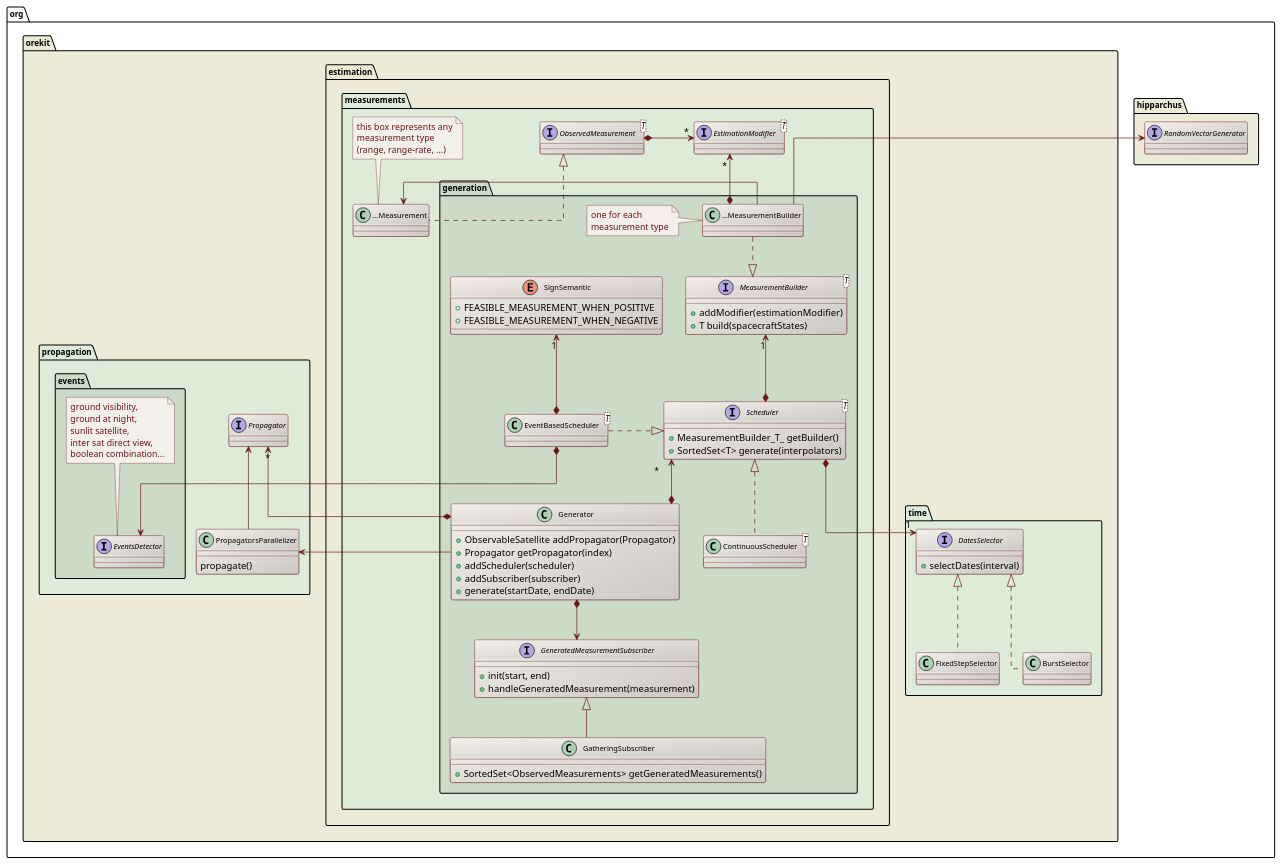
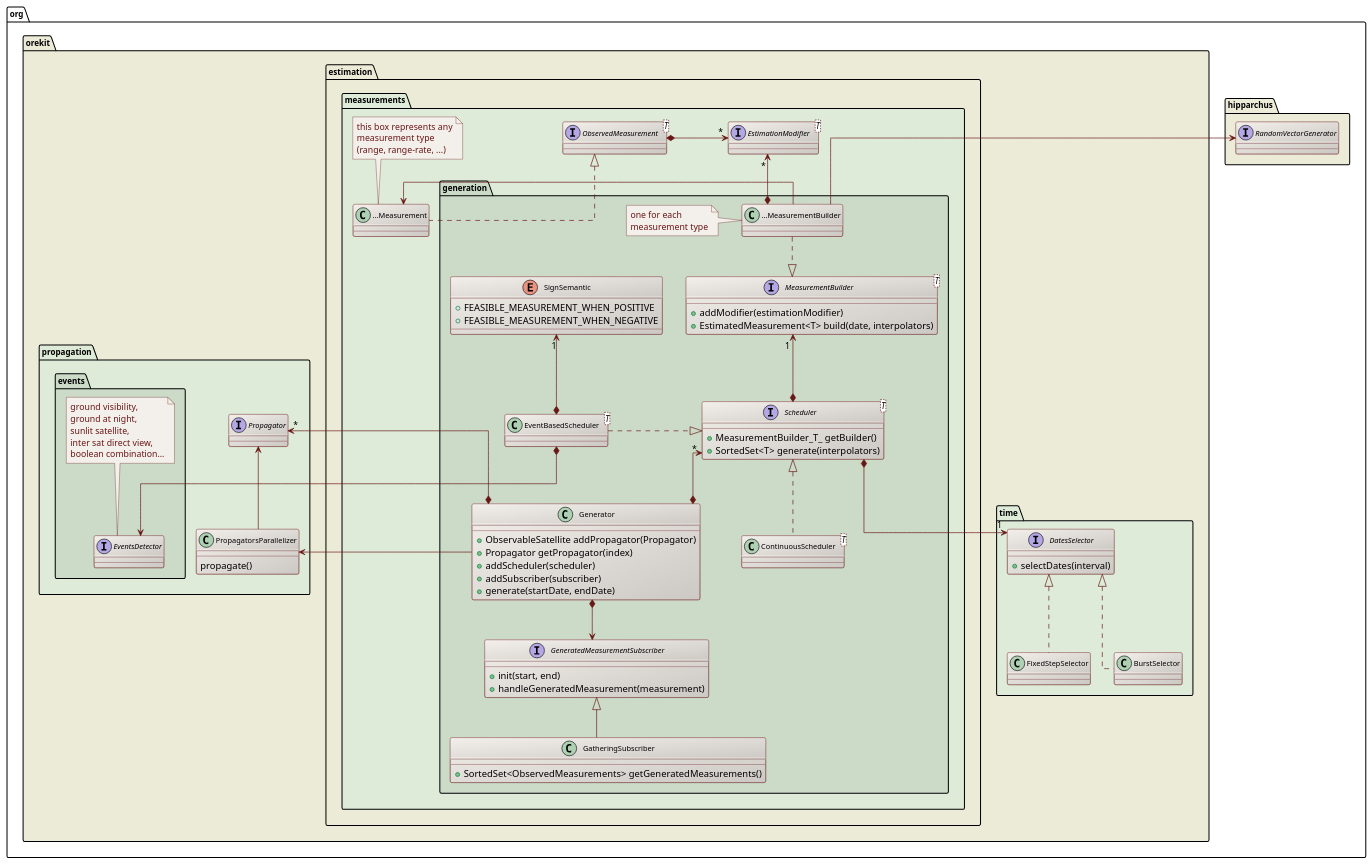
Before and after one commit to CS-SI/Orekit: the diagram in src/design/measurements-generation-class-diagram.puml, drawn with PlantUML. The commit also changed 2 other files, not shown here.

Commit message:
Build estimated measurements in measurement generation.
Fixes #1350

```diff
--- a/src/design/measurements-generation-class-diagram.puml
+++ b/src/design/measurements-generation-class-diagram.puml
@@ -17,133 +17,133 @@
 @startuml
 
   skinparam svek                  true
   skinparam ClassBackgroundColor  #F3EFEB/CCC9C5
   skinparam ClassArrowColor       #691616
   skinparam ClassBorderColor      #691616
   skinparam NoteBackgroundColor   #F3EFEB
   skinparam NoteBorderColor       #691616
   skinparam NoteFontColor         #691616
   skinparam ClassFontSize         11
   skinparam PackageFontSize       12
   skinparam linetype              ortho
 
   package org.hipparchus #ECEBD8 {
       interface RandomVectorGenerator
   }
 
   package org.orekit #ECEBD8 {
 
     package propagation #DDEBD8 {
 
       package events #CBDBC8 {
         interface EventsDetector
         note top
           ground visibility,
           ground at night,
           sunlit satellite,
           inter sat direct view,
           boolean combination...
         end note
       }
 
       interface Propagator
       class PropagatorsParallelizer {
         propagate()
       }
       Propagator <-- PropagatorsParallelizer
 
     }
 
     package time #DDEBD8 {
         interface DatesSelector {
           +selectDates(interval)
         }
         class FixedStepSelector
         class BurstSelector
 
 
         DatesSelector <|.. FixedStepSelector
         DatesSelector <|.. BurstSelector
     }
 
     package estimation.measurements #DDEBD8 {
 
       package generation #CBDBC8 {
 
         interface "MeasurementBuilder<T>" as MeasurementBuilder_T_ {
           +addModifier(estimationModifier)
-          +T build(spacecraftStates)
+          +EstimatedMeasurement<T> build(date, interpolators)
         }
 
         class "...MeasurementBuilder" as XXXMeasurementBuilder
         note left
           one for each
           measurement type
         end note
 
         class Generator {
           +ObservableSatellite addPropagator(Propagator)
           +Propagator getPropagator(index)
           +addScheduler(scheduler)
           +addSubscriber(subscriber)
           +generate(startDate, endDate)
         }
 
         enum SignSemantic {
           +FEASIBLE_MEASUREMENT_WHEN_POSITIVE
           +FEASIBLE_MEASUREMENT_WHEN_NEGATIVE
         }
         class "EventBasedScheduler<T>" as EventBasedScheduler_T_
         class "ContinuousScheduler<T>" as ContinuousScheduler_T_
 
         interface "Scheduler<T>" as Scheduler_T_ {
           +MeasurementBuilder_T_ getBuilder()
           +SortedSet<T> generate(interpolators)
         }
 
         interface GeneratedMeasurementSubscriber {
           +init(start, end)
           +handleGeneratedMeasurement(measurement)
         }
 
         class GatheringSubscriber {
           +SortedSet<ObservedMeasurements> getGeneratedMeasurements()
         }
 
         XXXMeasurementBuilder       ..|>          MeasurementBuilder_T_
         MeasurementBuilder_T_ "1" <--* Scheduler_T_
         RandomVectorGenerator <-- XXXMeasurementBuilder
         SignSemantic "1" <--* EventBasedScheduler_T_
         Scheduler_T_ <|.left. EventBasedScheduler_T_
         Scheduler_T_ <|.. ContinuousScheduler_T_
         Scheduler_T_ "*" <--* Generator
         Generator *--> GeneratedMeasurementSubscriber
         GeneratedMeasurementSubscriber <|-- GatheringSubscriber
         EventsDetector <--* EventBasedScheduler_T_
   
         Generator --> PropagatorsParallelizer
         Propagator "*" <--* Generator
 
       }
 
       interface "EstimationModifier<T>" as EstimationModifier_T_
       interface "ObservedMeasurement<T>" as ObservedMeasurement_T_
       class "...Measurement" as XXXMeasurement
       note top
         this box represents any
         measurement type
         (range, range-rate, ...)
       end note
 
  
       EstimationModifier_T_  "*" <-left-*      ObservedMeasurement_T_ 
       ObservedMeasurement_T_     <|..          XXXMeasurement
       XXXMeasurement <-left- XXXMeasurementBuilder
       EstimationModifier_T_ "*" <--* XXXMeasurementBuilder 
 
       Scheduler_T_ *--> "1" DatesSelector
     }
 
   }
 
 @enduml
```
